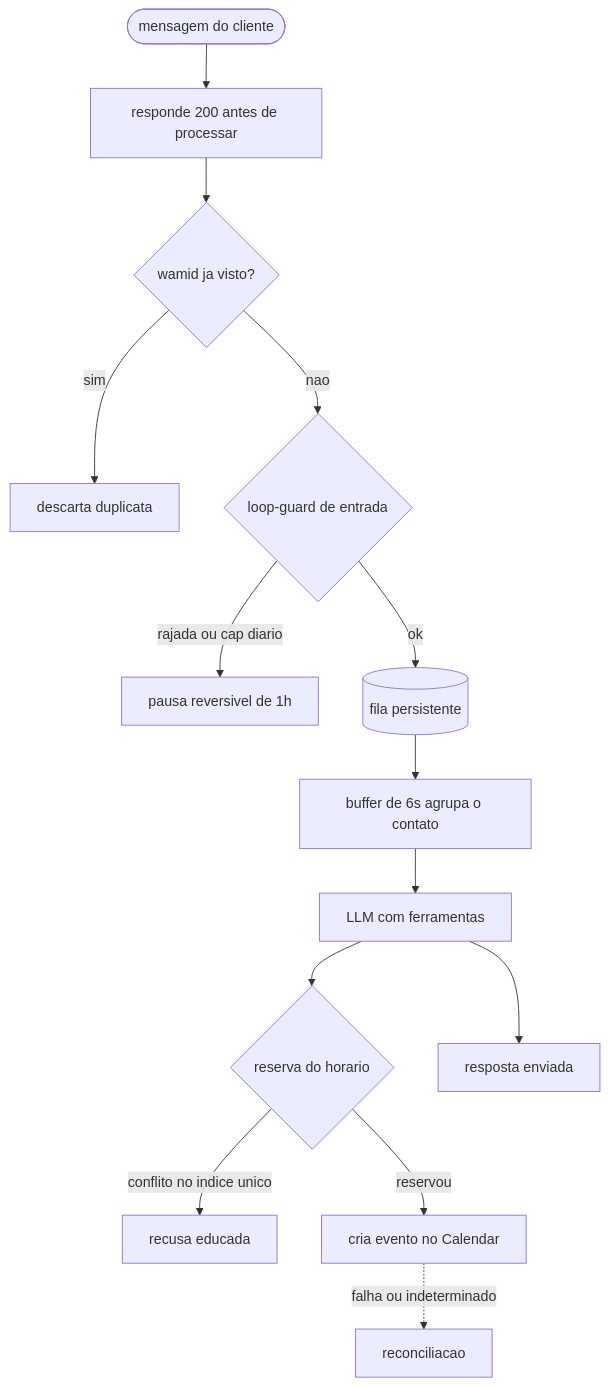
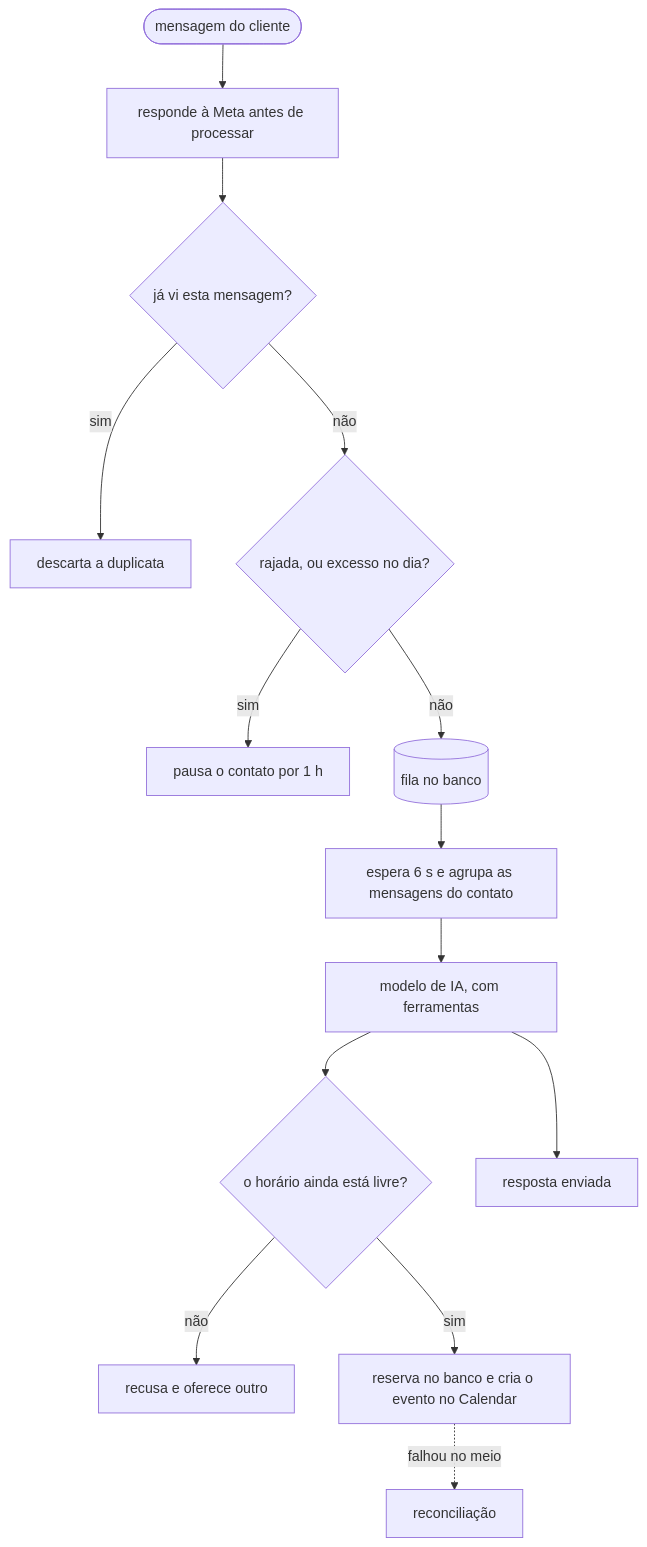
The second of 4 diagrams in README.md (andrenv14/sofia-vitrine), drawn with Mermaid before and after one commit. The commit also changed other lines of this file, not shown here.

````diff
--- a/README.md
+++ b/README.md
@@ -57,16 +59,16 @@
 ```mermaid
 flowchart TB
-    IN([mensagem do cliente]) --> ACK[responde 200 antes de processar]
-    ACK --> DEDUP{wamid ja visto?}
-    DEDUP -->|sim| FIM[descarta duplicata]
-    DEDUP -->|nao| GUARD{loop-guard de entrada}
-    GUARD -->|rajada ou cap diario| PAUSA[pausa reversivel de 1h]
-    GUARD -->|ok| FILA[(fila persistente)]
-    FILA --> BUF[buffer de 6s agrupa o contato]
-    BUF --> LLM[LLM com ferramentas]
-    LLM --> RES{reserva do horario}
-    RES -->|conflito no indice unico| NAO[recusa educada]
-    RES -->|reservou| CAL[cria evento no Calendar]
-    CAL -.->|falha ou indeterminado| REC[reconciliacao]
-    LLM --> OUT[resposta enviada]
+    IN(["mensagem do cliente"]) --> ACK["responde à Meta antes de processar"]
+    ACK --> DEDUP{"já vi esta mensagem?"}
+    DEDUP -->|"sim"| FIM["descarta a duplicata"]
+    DEDUP -->|"não"| GUARD{"rajada, ou excesso no dia?"}
+    GUARD -->|"sim"| PAUSA["pausa o contato por 1 h"]
+    GUARD -->|"não"| FILA[("fila no banco")]
+    FILA --> BUF["espera 6 s e agrupa as mensagens do contato"]
+    BUF --> LLM["modelo de IA, com ferramentas"]
+    LLM --> RES{"o horário ainda está livre?"}
+    RES -->|"não"| NAO["recusa e oferece outro"]
+    RES -->|"sim"| CAL["reserva no banco e cria o evento no Calendar"]
+    CAL -.->|"falhou no meio"| REC["reconciliação"]
+    LLM --> OUT["resposta enviada"]
 ```
````
